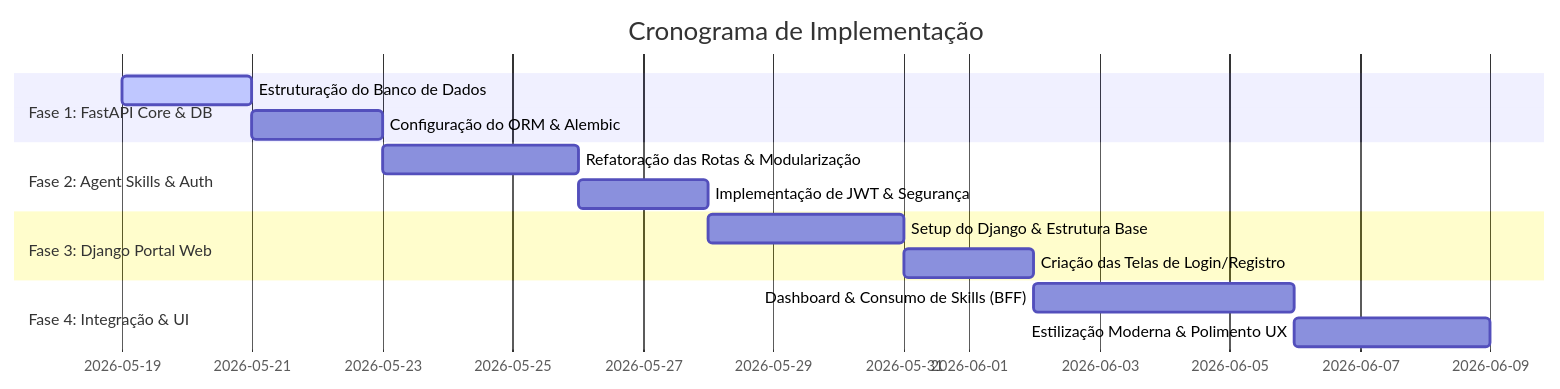
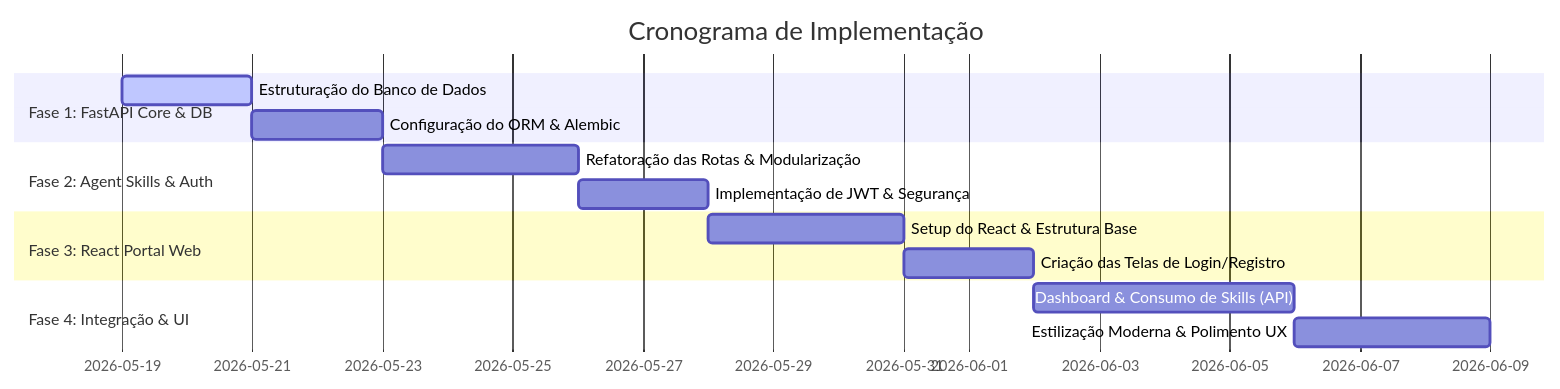
One commit to joseallangoncalves/django_fastapi changed the diagram in spec/04_plano_de_implementacao.md. Above: the diagram before and after it, drawn with Mermaid. The commit also changed other lines of this file and 72 other files, not shown here.

````diff
--- a/spec/04_plano_de_implementacao.md
+++ b/spec/04_plano_de_implementacao.md
@@ -9,17 +9,17 @@
 ```mermaid
 gantt
     title Cronograma de Implementação
     dateFormat  YYYY-MM-DD
     section Fase 1: FastAPI Core & DB
     Estruturação do Banco de Dados      :active, 2026-05-19, 2d
     Configuração do ORM & Alembic      : 2d
     section Fase 2: Agent Skills & Auth
     Refatoração das Rotas & Modularização : 3d
     Implementação de JWT & Segurança   : 2d
-    section Fase 3: Django Portal Web
-    Setup do Django & Estrutura Base  : 3d
+    section Fase 3: React Portal Web
+    Setup do React & Estrutura Base   : 3d
     Criação das Telas de Login/Registro: 2d
     section Fase 4: Integração & UI
-    Dashboard & Consumo de Skills (BFF): 4d
+    Dashboard & Consumo de Skills (API): 4d
     Estilização Moderna & Polimento UX  : 3d
 ```
````
